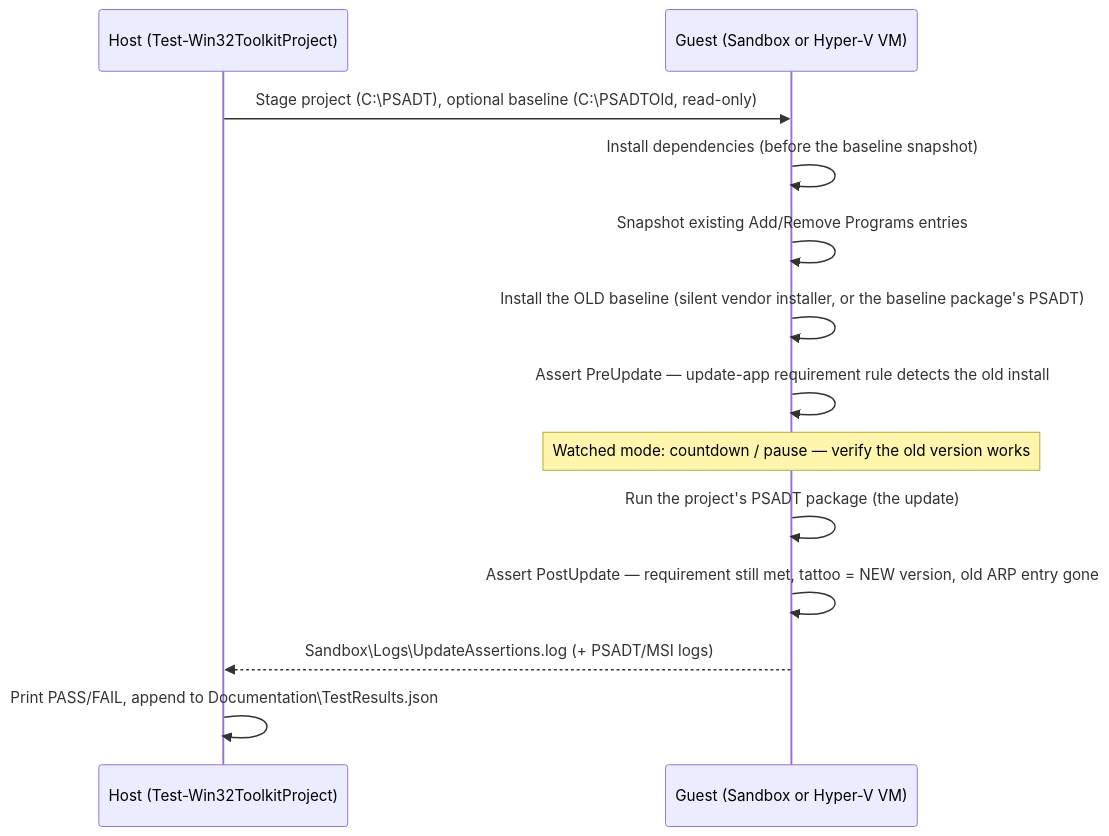
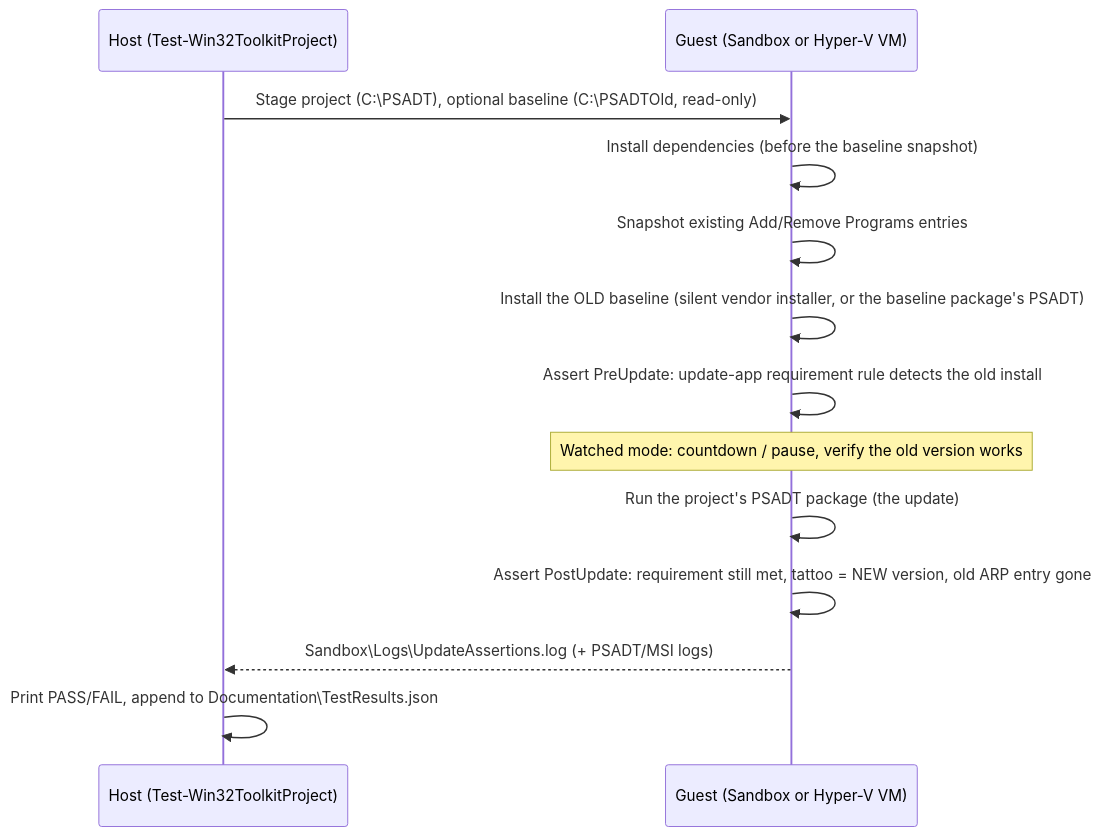
Before and after one commit to MG-Cloudflow/win32-toolkit: the diagram in docs/testing.md, drawn with Mermaid. The commit also changed other lines of this file and 17 other files, not shown here.

````diff
--- a/docs/testing.md
+++ b/docs/testing.md
@@ -111,15 +111,15 @@
 ```mermaid
 sequenceDiagram
     participant H as Host (Test-Win32ToolkitProject)
     participant G as Guest (Sandbox or Hyper-V VM)
     H->>G: Stage project (C:\PSADT), optional baseline (C:\PSADTOld, read-only)
     G->>G: Install dependencies (before the baseline snapshot)
     G->>G: Snapshot existing Add/Remove Programs entries
     G->>G: Install the OLD baseline (silent vendor installer, or the baseline package's PSADT)
-    G->>G: Assert PreUpdate — update-app requirement rule detects the old install
-    Note over G: Watched mode: countdown / pause — verify the old version works
+    G->>G: Assert PreUpdate: update-app requirement rule detects the old install
+    Note over G: Watched mode: countdown / pause, verify the old version works
     G->>G: Run the project's PSADT package (the update)
-    G->>G: Assert PostUpdate — requirement still met, tattoo = NEW version, old ARP entry gone
+    G->>G: Assert PostUpdate: requirement still met, tattoo = NEW version, old ARP entry gone
     G-->>H: Sandbox\Logs\UpdateAssertions.log (+ PSADT/MSI logs)
     H->>H: Print PASS/FAIL, append to Documentation\TestResults.json
 ```
````
